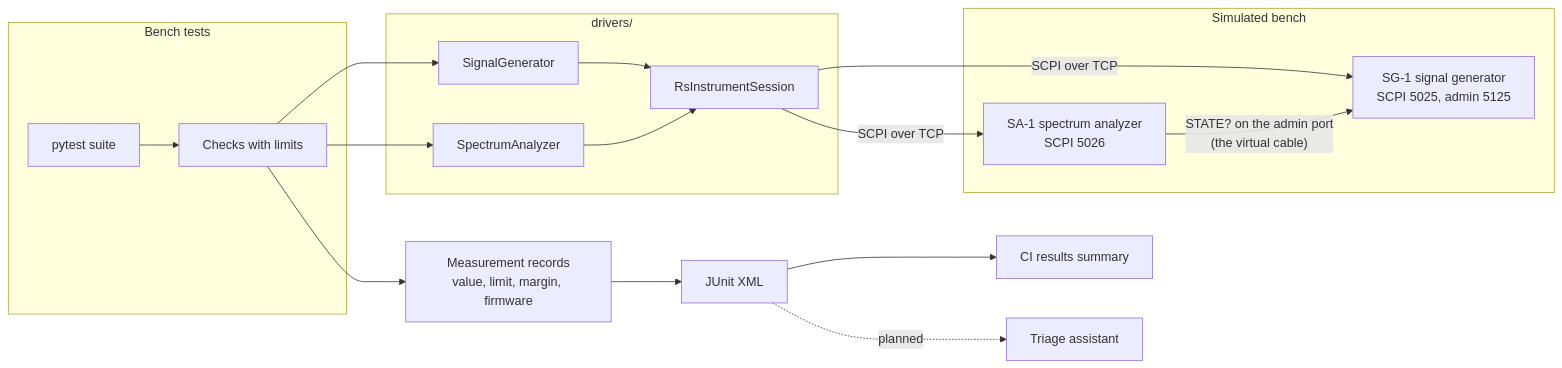
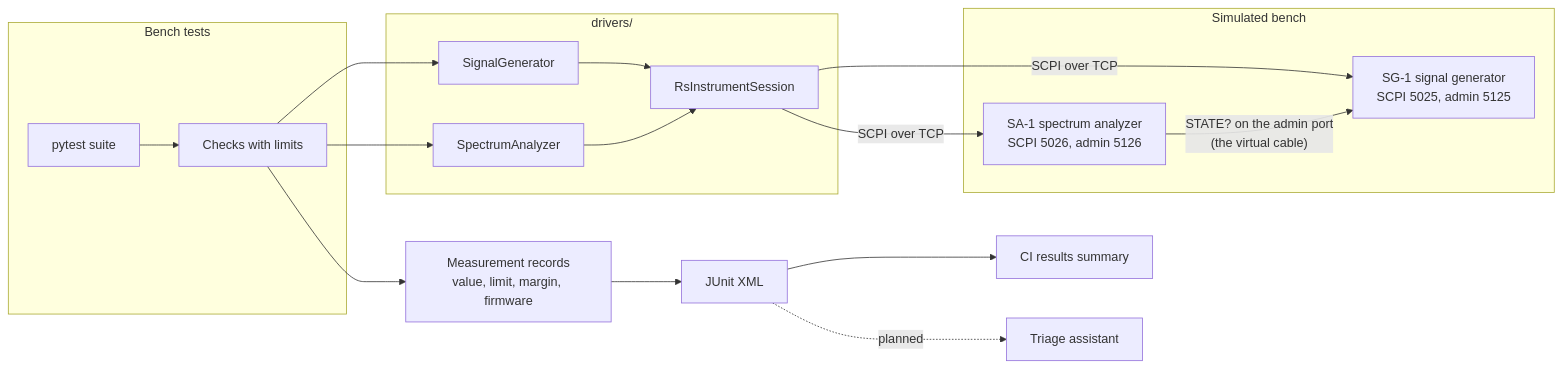
The first of 4 diagrams in docs/ARCHITECTURE.md (kaustubhagarwal18/virtual-rf-testbench), drawn with Mermaid before and after one commit. The commit also changed other lines of this file and 73 other files, not shown here.

````diff
--- a/docs/ARCHITECTURE.md
+++ b/docs/ARCHITECTURE.md
@@ -9,24 +9,24 @@
 ```mermaid
 flowchart LR
     subgraph tests[Bench tests]
         suite[pytest suite] --> checks[Checks with limits]
     end
     subgraph drivers[drivers/]
         sg_driver[SignalGenerator]
         sa_driver[SpectrumAnalyzer]
         session[RsInstrumentSession]
     end
     subgraph bench[Simulated bench]
         generator[SG-1 signal generator<br/>SCPI 5025, admin 5125]
-        analyzer[SA-1 spectrum analyzer<br/>SCPI 5026]
+        analyzer[SA-1 spectrum analyzer<br/>SCPI 5026, admin 5126]
     end
     checks --> sg_driver & sa_driver
     sg_driver & sa_driver --> session
     session -->|SCPI over TCP| generator
     session -->|SCPI over TCP| analyzer
     analyzer -->|"STATE? on the admin port<br/>(the virtual cable)"| generator
     checks --> records[Measurement records<br/>value, limit, margin, firmware]
     records --> junit[JUnit XML]
     junit --> summary[CI results summary]
     junit -.->|planned| triage[Triage assistant]
 ```
````
